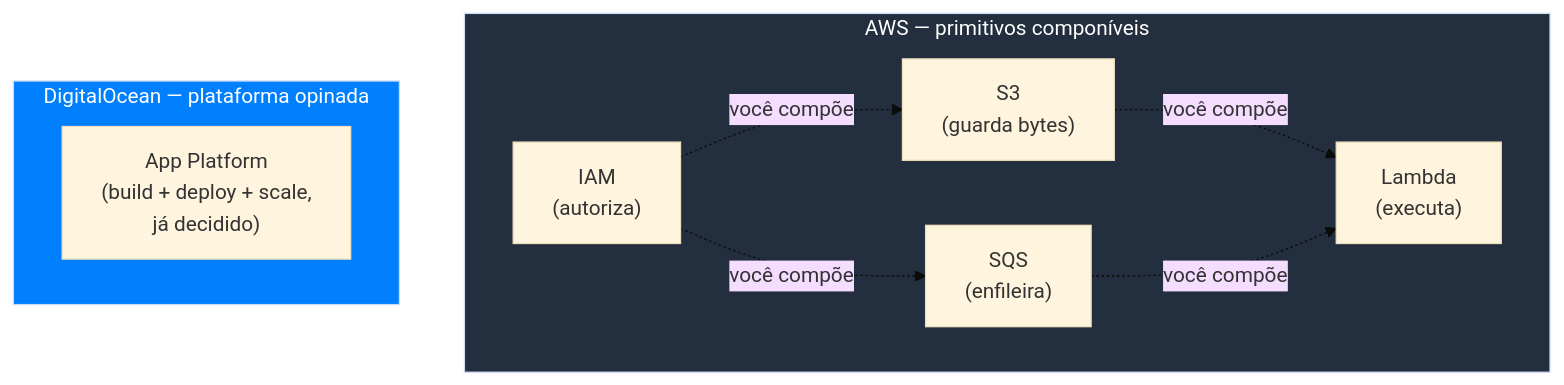
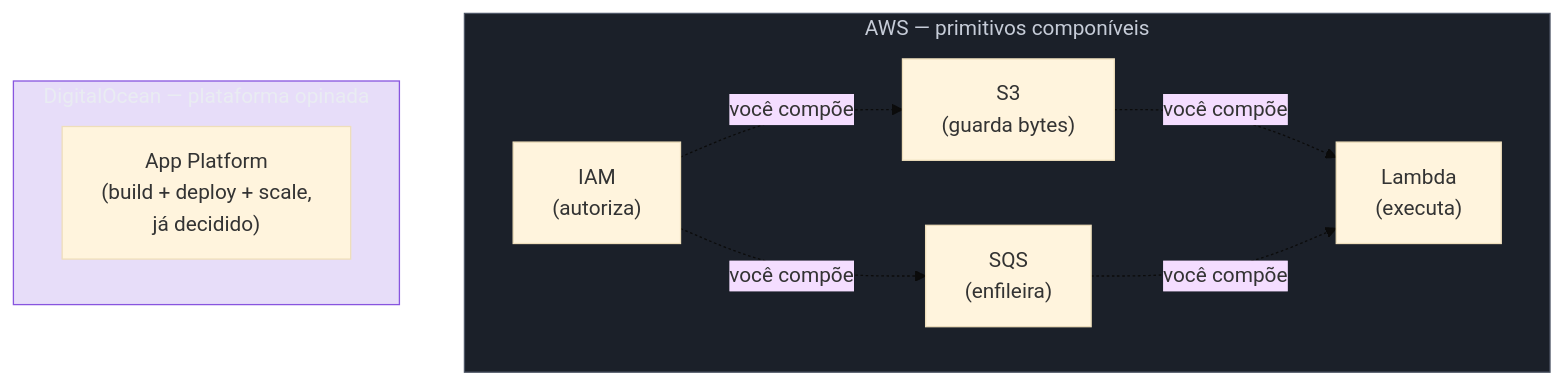
One commit to josenaldo/codex-technomanticus changed the first of 5 diagrams in 03-Dominios/Tecnologia/Cloud/21 - AWS a fundo/01 - A filosofia da amplitude.md. Above: the diagram before and after it, drawn with Mermaid (base theme). The commit also changed 1181 other files, not shown here.

First line of the commit message:
fix(diagramas): paleta do sistema no lugar de cor cravada no markdown

````diff
--- a/03-Dominios/Tecnologia/Cloud/21 - AWS a fundo/01 - A filosofia da amplitude.md
+++ b/03-Dominios/Tecnologia/Cloud/21 - AWS a fundo/01 - A filosofia da amplitude.md
@@ -40,20 +40,22 @@
 ```mermaid
 flowchart TB
+    classDef neutro fill:#1B2029,stroke:#4E5666,color:#C6CCD8
+    classDef marca fill:#8855DF33,stroke:#8855DF,color:#E9ECF2
     subgraph AWS["AWS — primitivos componíveis"]
         direction LR
         A1["S3<br/>(guarda bytes)"]
         A2["SQS<br/>(enfileira)"]
         A3["Lambda<br/>(executa)"]
         A4["IAM<br/>(autoriza)"]
         A1 -.->|"você compõe"| A3
         A2 -.->|"você compõe"| A3
         A4 -.->|"você compõe"| A1
         A4 -.->|"você compõe"| A2
     end
     subgraph DO["DigitalOcean — plataforma opinada"]
         direction LR
         D1["App Platform<br/>(build + deploy + scale,<br/>já decidido)"]
     end
-    style AWS fill:#232f3e,color:#fff
-    style DO fill:#0080ff,color:#fff
+    class AWS neutro
+    class DO marca
 ```
````
